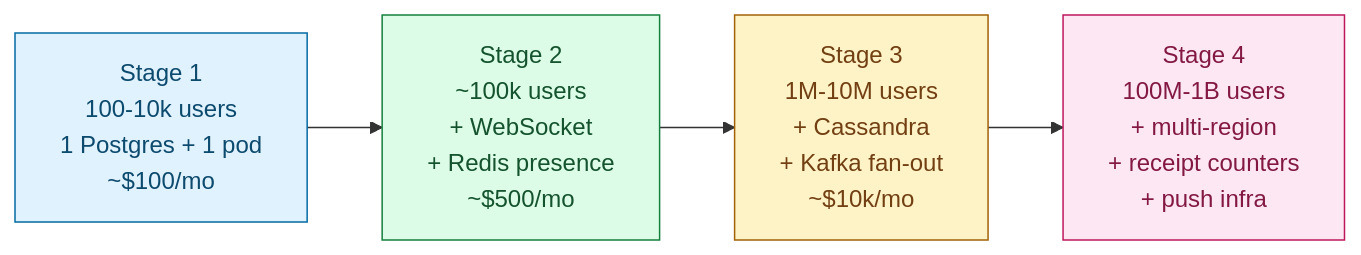
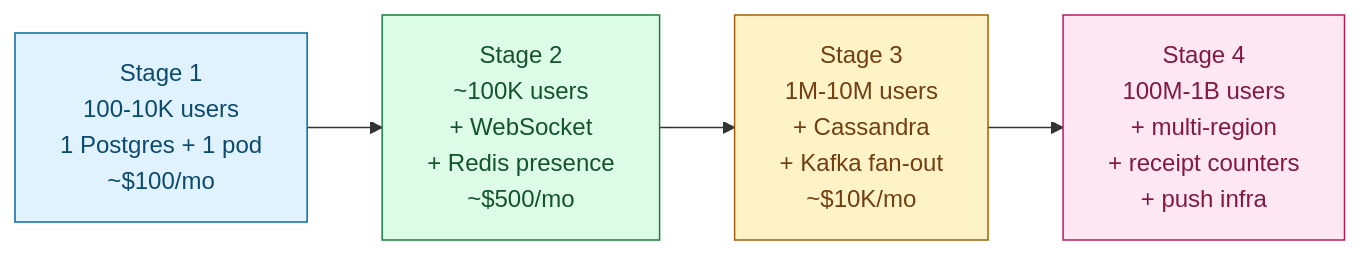
One commit to shiningflash/system-design changed the fourth of 4 diagrams in problems/003-chat-system/solution.md. Above: the diagram before and after it, drawn with Mermaid. The commit also changed other lines of this file and 37 other files, not shown here.

````diff
--- a/problems/003-chat-system/solution.md
+++ b/problems/003-chat-system/solution.md
@@ -363,14 +341,14 @@
 ```mermaid
 flowchart LR
-    S1["Stage 1<br/>100-10k users<br/>1 Postgres + 1 pod<br/>~$100/mo"]:::s1
-    S2["Stage 2<br/>~100k users<br/>+ WebSocket<br/>+ Redis presence<br/>~$500/mo"]:::s2
-    S3["Stage 3<br/>1M-10M users<br/>+ Cassandra<br/>+ Kafka fan-out<br/>~$10k/mo"]:::s3
+    S1["Stage 1<br/>100-10K users<br/>1 Postgres + 1 pod<br/>~$100/mo"]:::s1
+    S2["Stage 2<br/>~100K users<br/>+ WebSocket<br/>+ Redis presence<br/>~$500/mo"]:::s2
+    S3["Stage 3<br/>1M-10M users<br/>+ Cassandra<br/>+ Kafka fan-out<br/>~$10K/mo"]:::s3
     S4["Stage 4<br/>100M-1B users<br/>+ multi-region<br/>+ receipt counters<br/>+ push infra"]:::s4
 
     S1 --> S2 --> S3 --> S4
 
     classDef s1 fill:#e0f2fe,stroke:#0369a1,color:#0c4a6e
     classDef s2 fill:#dcfce7,stroke:#15803d,color:#14532d
     classDef s3 fill:#fef3c7,stroke:#a16207,color:#713f12
     classDef s4 fill:#fce7f3,stroke:#be185d,color:#831843
 ```
````
